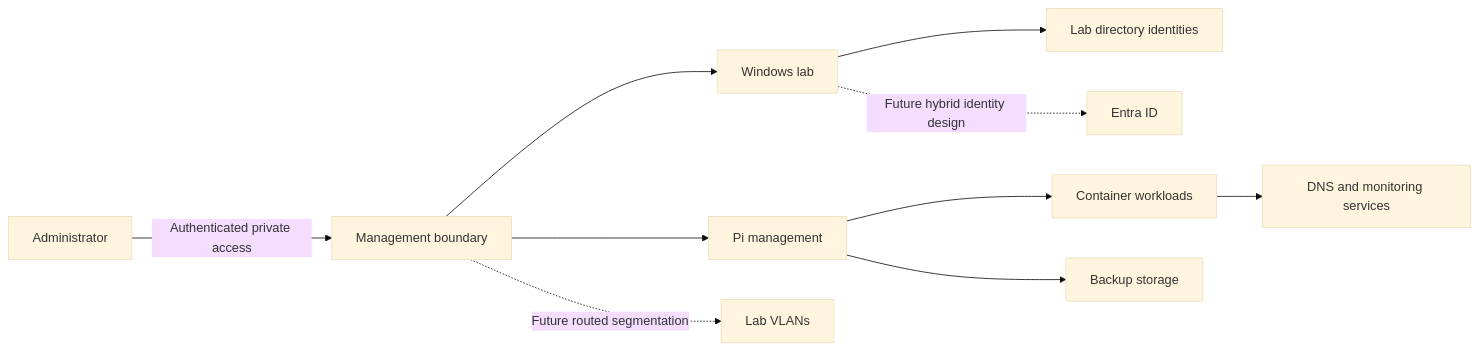
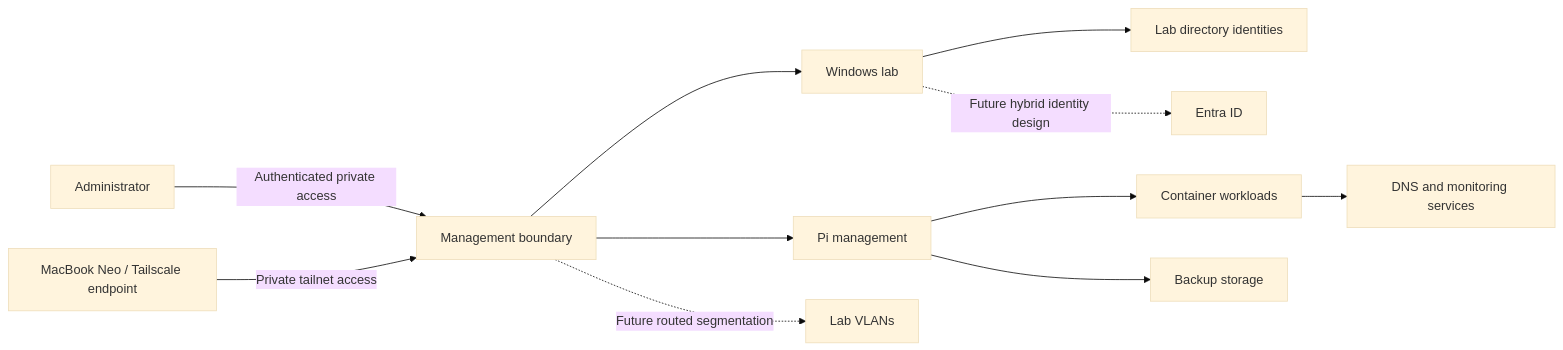
The diagram in docs/architecture.md (localhostjohn/astra-infrastructure-lab), drawn with Mermaid (base theme) before and after one commit. The commit also changed other lines of this file, not shown here.

Commit message:
docs: record MacBook Neo Tailscale endpoint

````diff
--- a/docs/architecture.md
+++ b/docs/architecture.md
@@ -33,12 +35,13 @@
 ```mermaid
 flowchart LR
     U[Administrator] -->|Authenticated private access| M[Management boundary]
+    N[MacBook Neo / Tailscale endpoint] -->|Private tailnet access| M
     M --> W[Windows lab]
     M --> P[Pi management]
     W --> I[Lab directory identities]
     P --> C[Container workloads]
     C --> D[DNS and monitoring services]
     P --> R[Backup storage]
     W -. Future hybrid identity design .-> E[Entra ID]
     M -. Future routed segmentation .-> V[Lab VLANs]
 ```
````
